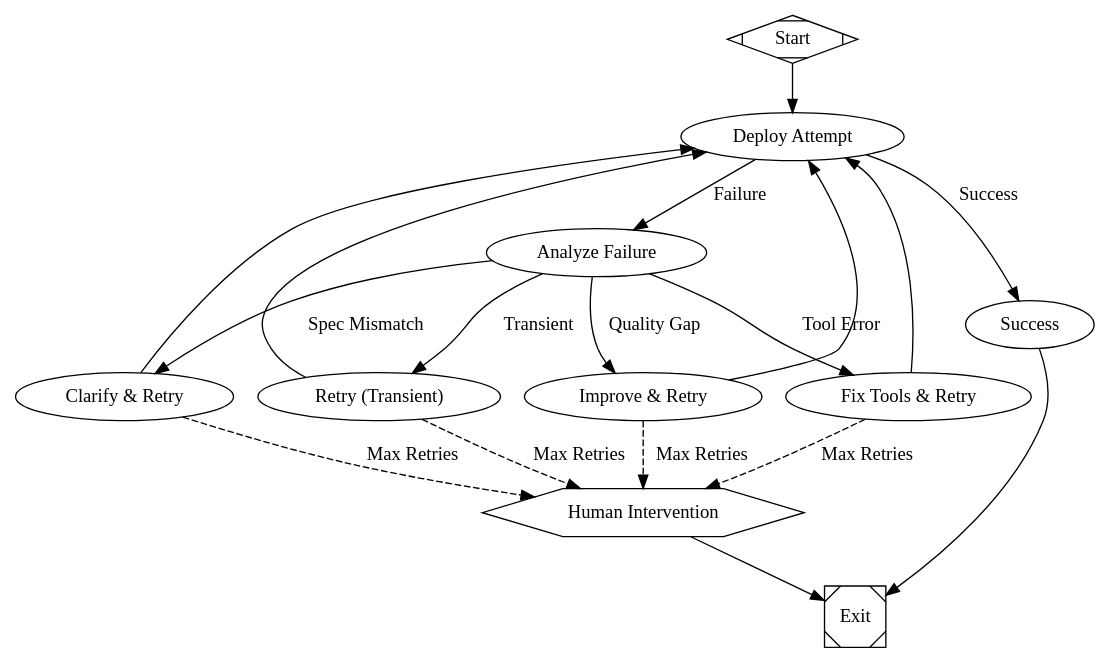
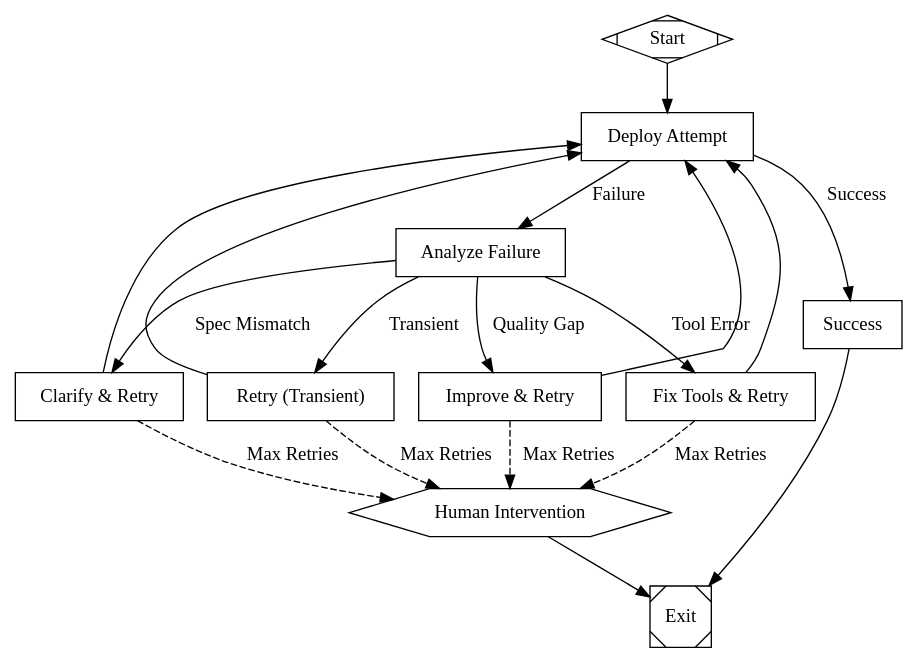
The diagram in examples/retry-loop.dot (mhingston/factorial), drawn with Graphviz before and after one commit. The commit also changed 5 other files, not shown here.

```diff
--- a/examples/retry-loop.dot
+++ b/examples/retry-loop.dot
@@ -1,109 +1,101 @@
-# Retry with Failure Analysis
-# Smart retry routing based on failure classification
-
 digraph RetryWithFailure {
     graph [goal="Smart retry with targeted failure handling",
-           rankdir=TB]
+           rankdir=TB,
+           default_max_retry=1]
     
+    node [shape=box, auto_status="true"]
+
     start [shape=Mdiamond, label="Start"]
     exit [shape=Msquare, label="Exit"]
     
-    # Initial attempt
     attempt [prompt="Attempt to deploy the application:
     1. Build the Docker image
     2. Run database migrations
     3. Deploy to staging environment
     4. Run smoke tests
     
     If any step fails, report the specific failure.",
              label="Deploy Attempt"]
     
-    # Analyze the failure
     analyze [type="failure.analyze",
              retry_policy="targeted",
+             output_contract_required="false",
+             output_mode="text",
              retry_target_transient="retry_transient",
              retry_target_quality_gap="improve_deployment",
              retry_target_tool_error="fix_tool",
              retry_target_spec_mismatch="clarify_spec",
              label="Analyze Failure"]
     
-    # Retry paths based on failure classification
     retry_transient [prompt="Retry the deployment operation. This is a transient failure (network issue, temporary service unavailable).
     
     Actions:
     1. Wait 5 seconds
     2. Retry the failed step
     3. If still failing after 3 attempts, escalate to human",
                      label="Retry (Transient)"]
     
     improve_deployment [prompt="The deployment failed due to quality issues (test failures, validation errors).
     
     Actions:
     1. Review test output
     2. Fix failing tests or validation issues
     3. Re-run deployment
     4. If issues persist, escalate to human",
                         label="Improve & Retry"]
     
     fix_tool [prompt="The deployment failed due to tool/configuration issues (missing CLI, wrong credentials, invalid config).
     
     Actions:
     1. Verify tool installation and versions
     2. Check environment variables and credentials
     3. Validate configuration files
     4. Retry deployment
     5. If still failing, escalate to human",
               label="Fix Tools & Retry"]
     
     clarify_spec [prompt="The deployment failed because the specification was unclear or changed.
     
     Actions:
     1. Review deployment requirements
     2. Clarify ambiguous requirements
     3. Update deployment script if needed
     4. Re-run deployment
     5. If spec is still unclear, escalate to human",
                   label="Clarify & Retry"]
     
-    # Human escalation
     human_escalate [shape=hexagon,
                     type="wait.human",
                     label="Human Intervention"]
     
-    # Success after retry
     success [prompt="Deployment succeeded after retry!
     
     Generate summary:
     1. Initial failure reason
     2. Remediation actions taken
     3. Final deployment status
     4. Lessons learned",
              label="Success"]
     
-    # Main flow
     start -> attempt
-    attempt -> success [label="Success"]
-    attempt -> analyze [label="Failure"]
-    
-    # Analyze routes to appropriate retry path
+    attempt -> success [label="Success", condition="outcome=success"]
+    attempt -> analyze [label="Failure", condition="outcome=fail"]
+
     analyze -> retry_transient [label="Transient"]
     analyze -> improve_deployment [label="Quality Gap"]
     analyze -> fix_tool [label="Tool Error"]
     analyze -> clarify_spec [label="Spec Mismatch"]
-    
-    # Retry paths loop back to attempt
+
     retry_transient -> attempt
     improve_deployment -> attempt
     fix_tool -> attempt
     clarify_spec -> attempt
-    
-    # Human escalation (if retries exhausted)
+
     retry_transient -> human_escalate [label="Max Retries", style=dashed]
     improve_deployment -> human_escalate [label="Max Retries", style=dashed]
     fix_tool -> human_escalate [label="Max Retries", style=dashed]
     clarify_spec -> human_escalate [label="Max Retries", style=dashed]
     
-    # Final paths to exit
     success -> exit
     human_escalate -> exit
 }
```
